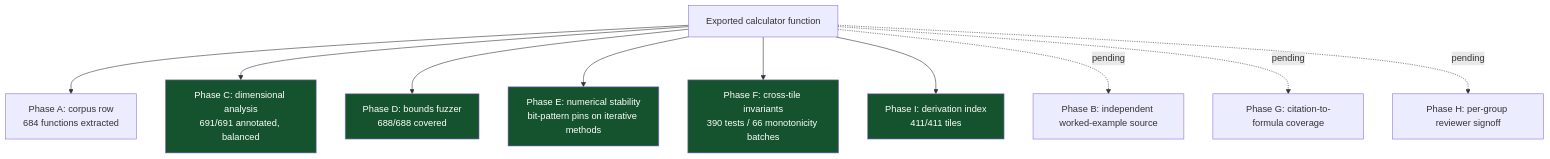
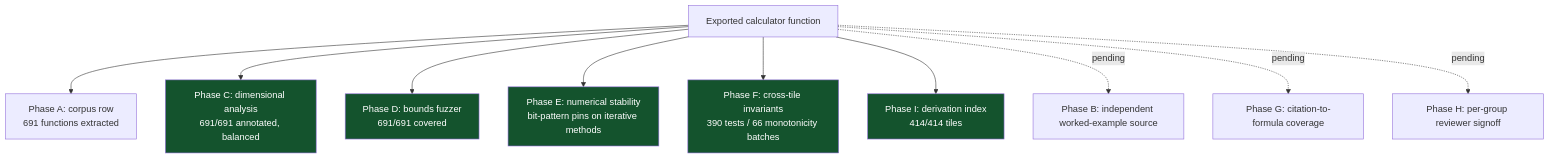
The fourth of 5 diagrams in README.md (clay-good/roughlogic.com), drawn with Mermaid before and after one commit. The commit also changed other lines of this file and 15 other files, not shown here.

````diff
--- a/README.md
+++ b/README.md
@@ -206,17 +206,17 @@
 ```mermaid
 flowchart TB
-    F[Exported calculator function] --> A[Phase A: corpus row\n684 functions extracted]
+    F[Exported calculator function] --> A[Phase A: corpus row\n691 functions extracted]
     F --> C[Phase C: dimensional analysis\n691/691 annotated, balanced]
-    F --> D[Phase D: bounds fuzzer\n688/688 covered]
+    F --> D[Phase D: bounds fuzzer\n691/691 covered]
     F --> E[Phase E: numerical stability\nbit-pattern pins on iterative methods]
     F --> Fa[Phase F: cross-tile invariants\n390 tests / 66 monotonicity batches]
-    F --> I[Phase I: derivation index\n411/411 tiles]
+    F --> I[Phase I: derivation index\n414/414 tiles]
     F -.pending.-> B[Phase B: independent worked-example source]
     F -.pending.-> G[Phase G: citation-to-formula coverage]
     F -.pending.-> H[Phase H: per-group reviewer signoff]
     style C fill:#14532d,color:#fff
     style D fill:#14532d,color:#fff
     style E fill:#14532d,color:#fff
     style Fa fill:#14532d,color:#fff
     style I fill:#14532d,color:#fff
 ```
````
